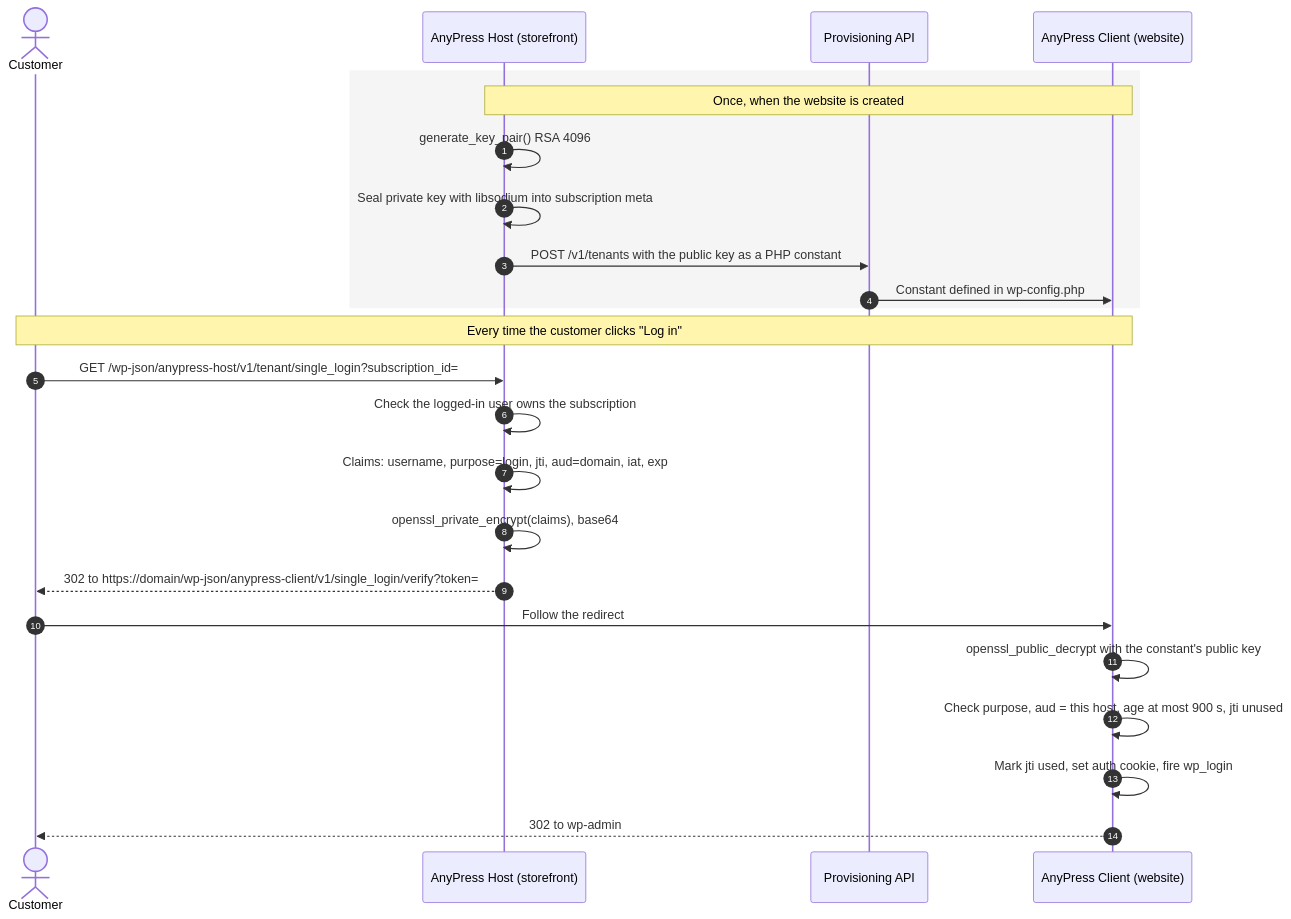
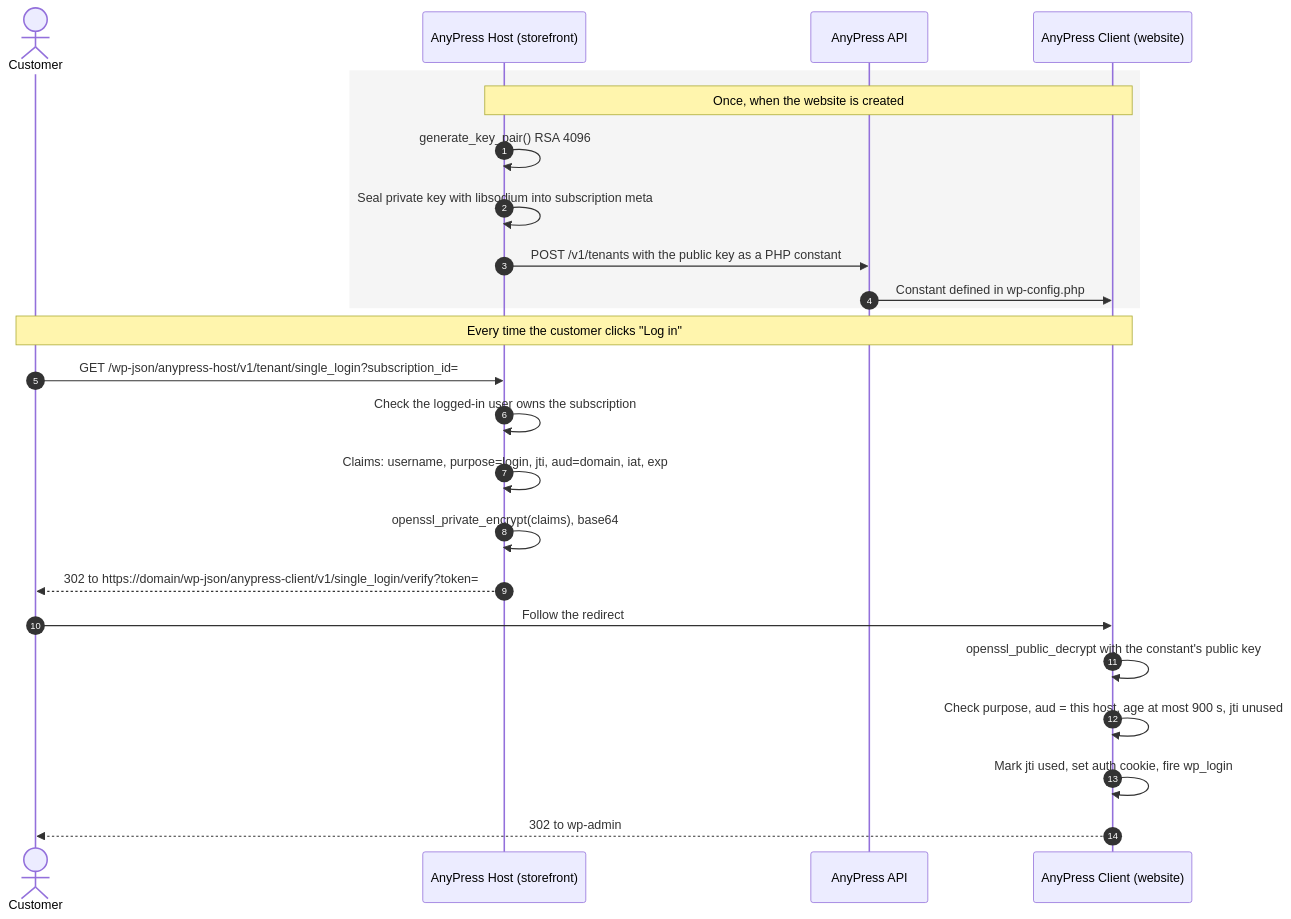
The third of 5 diagrams in docs/architecture/README.md (otaku-solutions/anypress-plugins), drawn with Mermaid before and after one commit. The commit also changed other lines of this file and 8 other files, not shown here.

````diff
--- a/docs/architecture/README.md
+++ b/docs/architecture/README.md
@@ -108,28 +114,28 @@
 ```mermaid
 sequenceDiagram
   autonumber
   actor C as Customer
   participant HOST as AnyPress Host (storefront)
-  participant API as Provisioning API
+  participant API as AnyPress API
   participant CL as AnyPress Client (website)
 
   rect rgba(127,127,127,0.08)
   Note over HOST,CL: Once, when the website is created
   HOST->>HOST: generate_key_pair() RSA 4096
   HOST->>HOST: Seal private key with libsodium into subscription meta
   HOST->>API: POST /v1/tenants with the public key as a PHP constant
   API->>CL: Constant defined in wp-config.php
   end
 
   Note over C,CL: Every time the customer clicks "Log in"
   C->>HOST: GET /wp-json/anypress-host/v1/tenant/single_login?subscription_id=
   HOST->>HOST: Check the logged-in user owns the subscription
   HOST->>HOST: Claims: username, purpose=login, jti, aud=domain, iat, exp
   HOST->>HOST: openssl_private_encrypt(claims), base64
   HOST-->>C: 302 to https://domain/wp-json/anypress-client/v1/single_login/verify?token=
   C->>CL: Follow the redirect
   CL->>CL: openssl_public_decrypt with the constant's public key
   CL->>CL: Check purpose, aud = this host, age at most 900 s, jti unused
   CL->>CL: Mark jti used, set auth cookie, fire wp_login
   CL-->>C: 302 to wp-admin
 ```
````
